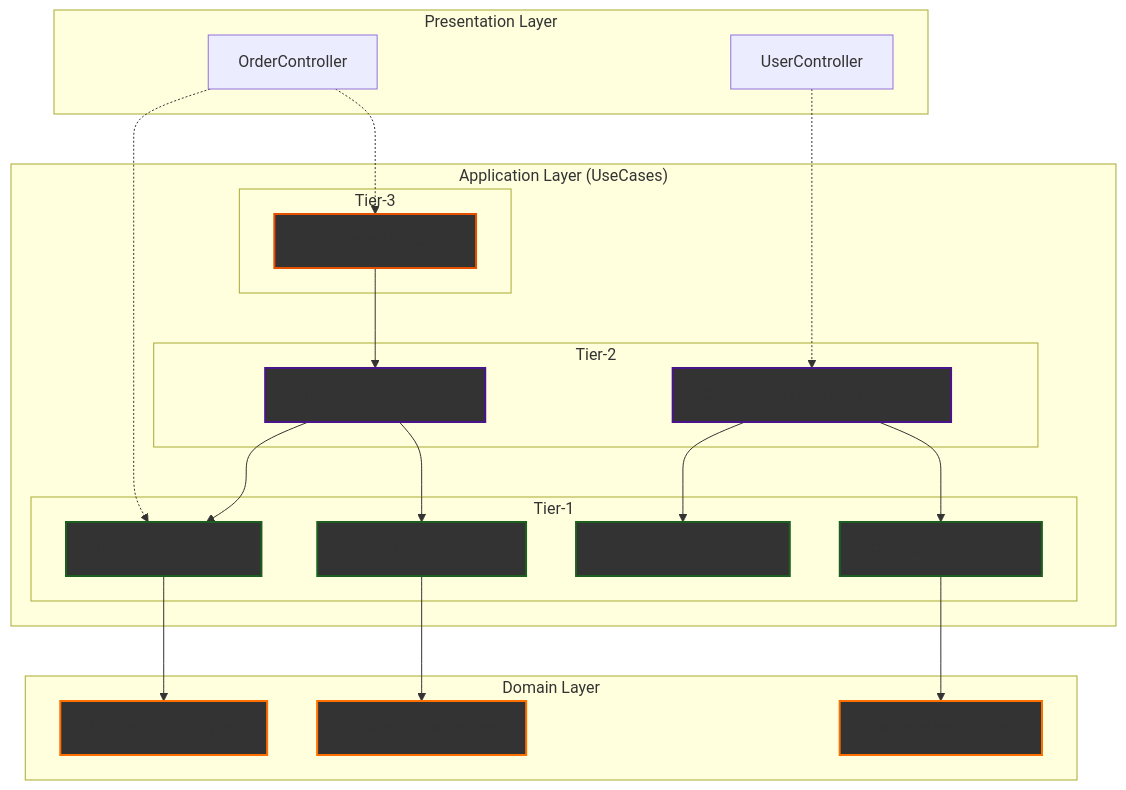
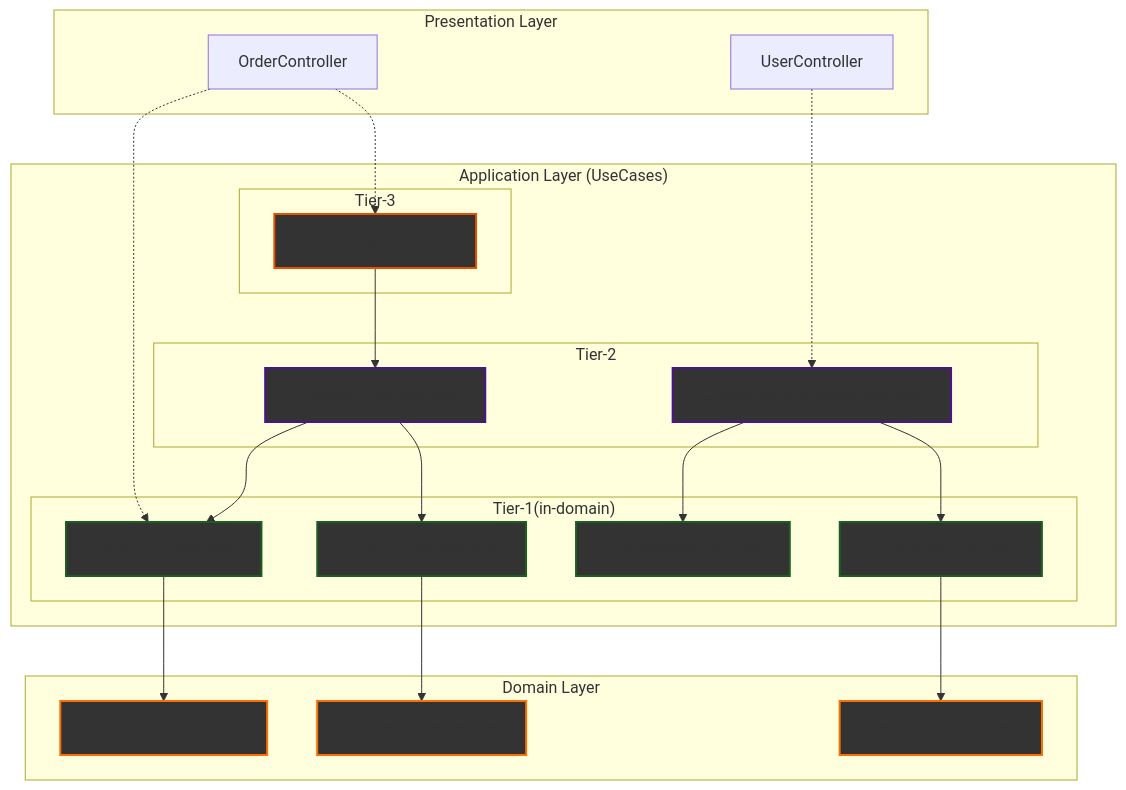
The diagram in README.md (seho0808/hh-9-be-2), drawn with Mermaid before and after one commit. The commit also changed other lines of this file, not shown here.

````diff
--- a/README.md
+++ b/README.md
@@ -11,70 +11,70 @@
 ```mermaid
 graph TD
     %% Presentation Layer
     subgraph "Presentation Layer"
         Order_Controller["OrderController"]
         User_Controller["UserController"]
     end
 
     %% Application Layer - Tiers
     subgraph "Application Layer (UseCases)"
         %% Tier-3
         subgraph "Tier-3"
             T3_PlaceOrder["PlaceOrderUseCase"]
         end
 
         %% Tier-2
         subgraph "Tier-2"
             T2_ProcessOrder["ProcessOrderUseCase"]
             T2_CreateUserWithWallet["CreateUserWithWalletUseCase"]
         end
 
         %% Tier-1
-        subgraph "Tier-1"
+        subgraph "Tier-1(in-domain)"
             T1_CreateOrder["CreateOrderUseCase"]
             T1_UsePoints["UsePointsUseCase"]
             T1_CreateUser["CreateUserUseCase"]
             T1_CreateWallet["CreateWalletUseCase"]
         end
     end
 
     %% Domain Layer
     subgraph "Domain Layer"
         DS_ValidateOrder["ValidateOrderService"]
         DS_ValidateUser["ValidateUserService"]
         DS_ValidatePoint["ValidatePointService"]
     end
 
 
     %% Controller -> UseCase (어떤 tier든 직접 호출)
     Order_Controller -.-> T3_PlaceOrder
     User_Controller -.-> T2_CreateUserWithWallet
     Order_Controller -.-> T1_UsePoints
 
     %% UseCase Tier Dependencies (상위 -> 하위만)
     T3_PlaceOrder --> T2_ProcessOrder
     T2_ProcessOrder --> T1_CreateOrder
     T2_ProcessOrder --> T1_UsePoints
     T2_CreateUserWithWallet --> T1_CreateUser
     T2_CreateUserWithWallet --> T1_CreateWallet
 
     %% UseCase -> Domain Service
     T1_CreateOrder --> DS_ValidateOrder
     T1_UsePoints --> DS_ValidatePoint
     T1_CreateUser --> DS_ValidateUser
 
     %% 색상 및 스타일
     classDef controller fill:#333,stroke:#01579b,stroke-width:2px
     classDef tier3 fill:#333,stroke:#e65100,stroke-width:2px
     classDef tier2 fill:#333,stroke:#4a148c,stroke-width:2px
     classDef tier1 fill:#333,stroke:#1b5e20,stroke-width:2px
     classDef service fill:#333,stroke:#ff6f00,stroke-width:2px
     classDef repo fill:#333,stroke:#880e4f,stroke-width:2px
 
     class Controller controller
     class T3_PlaceOrder tier3
     class T2_ProcessOrder,T2_CreateUserWithWallet tier2
     class T1_CreateOrder,T1_UsePoints,T1_CreateUser,T1_CreateWallet tier1
     class DS_ValidateOrder,DS_ValidateUser,DS_ValidatePoint service
     class Repo_Order,Repo_User,Repo_Point repo
 ```
````
